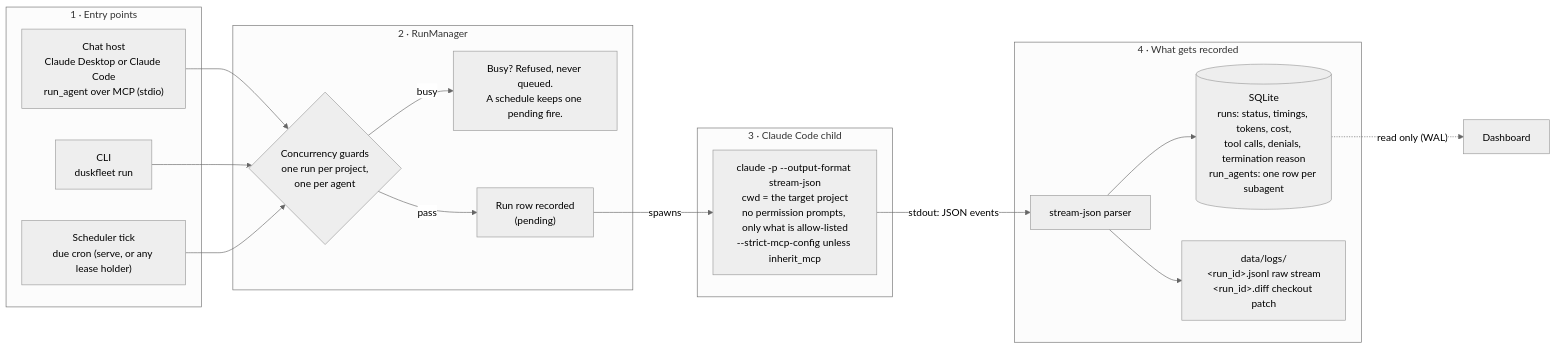
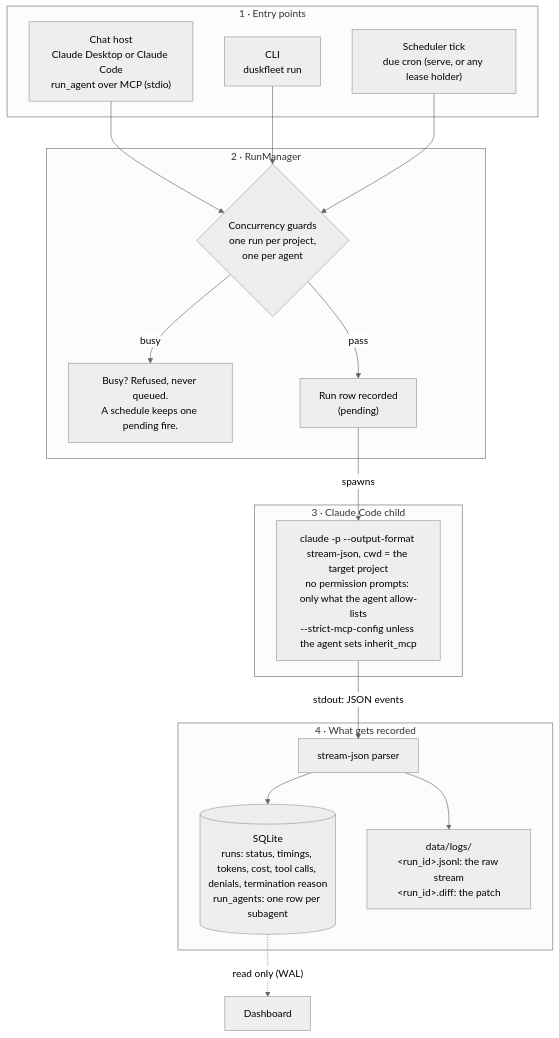
The first of 2 diagrams in README.md (duskfleet/duskfleet), drawn with Mermaid (neutral theme) before and after one commit.

Commit message:
README: flowchart top-to-bottom, full width in the README column
Claude-Session: https://claude.ai/code/session_014NZALZg54RZdNB9EhjesYs

````diff
--- a/README.md
+++ b/README.md
@@ -158,35 +158,35 @@
 ```mermaid
-flowchart LR
+flowchart TB
     subgraph entry ["1 · Entry points"]
         chat["Chat host<br/>Claude Desktop or Claude Code<br/>run_agent over MCP (stdio)"]
         cli["CLI<br/>duskfleet run"]
         sched["Scheduler tick<br/>due cron (serve, or any lease holder)"]
     end
 
     subgraph rm ["2 · RunManager"]
         guards{"Concurrency guards<br/>one run per project,<br/>one per agent"}
         busy["Busy? Refused, never queued.<br/>A schedule keeps one pending fire."]
         row["Run row recorded<br/>(pending)"]
     end
 
     subgraph child ["3 · Claude Code child"]
-        claude["claude -p --output-format stream-json<br/>cwd = the target project<br/>no permission prompts, only what is allow-listed<br/>--strict-mcp-config unless inherit_mcp"]
+        claude["claude -p --output-format stream-json, cwd = the target project<br/>no permission prompts: only what the agent allow-lists<br/>--strict-mcp-config unless the agent sets inherit_mcp"]
     end
 
     subgraph rec ["4 · What gets recorded"]
         parser["stream-json parser"]
-        db[("SQLite<br/>runs: status, timings, tokens, cost,<br/>tool calls, denials, termination reason<br/>run_agents: one row per subagent")]
-        logs["data/logs/<br/>&lt;run_id&gt;.jsonl raw stream<br/>&lt;run_id&gt;.diff checkout patch"]
+        db[("SQLite<br/>runs: status, timings, tokens, cost, tool calls, denials, termination reason<br/>run_agents: one row per subagent")]
+        logs["data/logs/<br/>&lt;run_id&gt;.jsonl: the raw stream<br/>&lt;run_id&gt;.diff: the patch"]
     end
 
     chat --> guards
     cli --> guards
     sched --> guards
     guards -- busy --> busy
     guards -- pass --> row
     row -- spawns --> claude
     claude -- "stdout: JSON events" --> parser
     parser --> db
     parser --> logs
     db -. "read only (WAL)" .-> web["Dashboard"]
 ```
````
